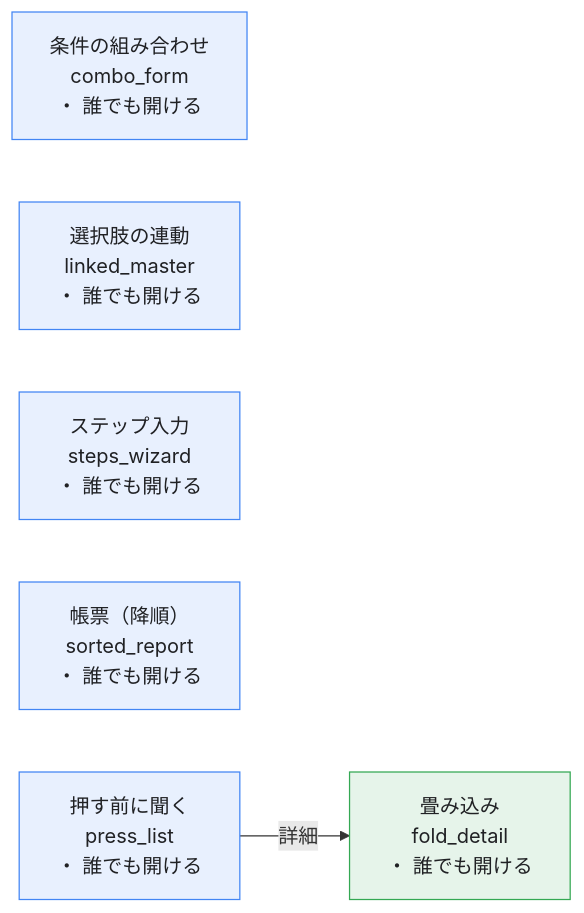
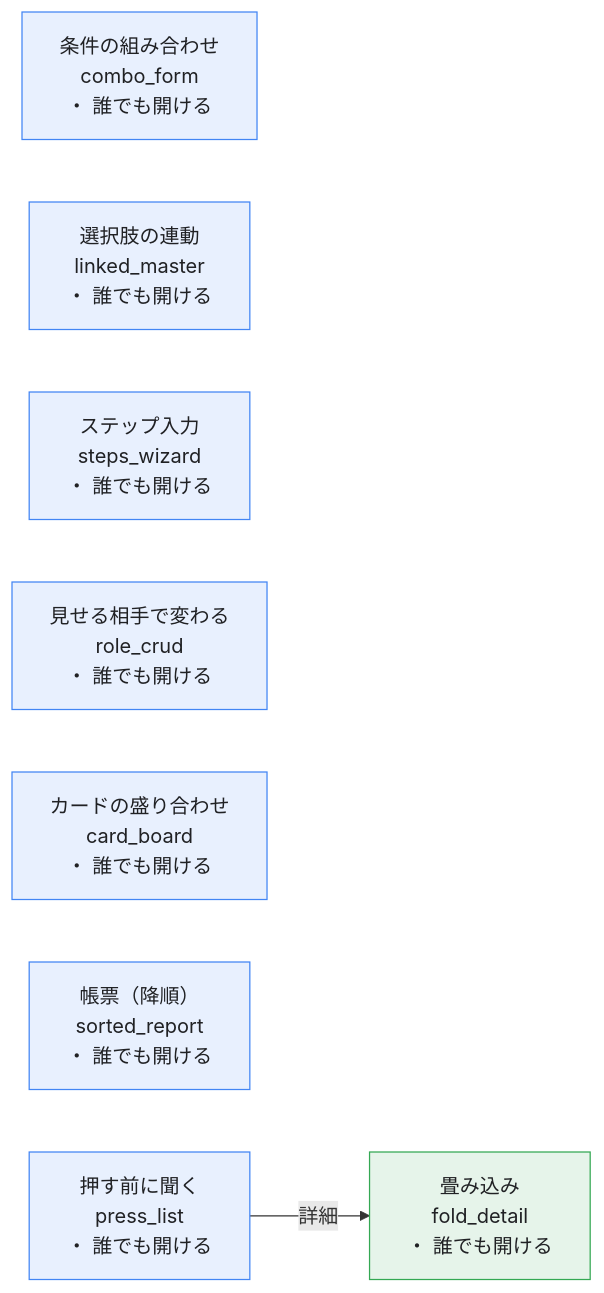
Before and after one commit to ASIL-E-Hatake/hatake-example: the diagram in apps/kitchen-sink-prj/docs/2-設計/画面遷移図.md, drawn with Mermaid. The commit also changed 39 other files, not shown here.

````diff
--- a/apps/kitchen-sink-prj/docs/2-設計/画面遷移図.md
+++ b/apps/kitchen-sink-prj/docs/2-設計/画面遷移図.md
@@ -9,16 +9,18 @@
 ```mermaid
 %% 機能網羅（kitchen_sink）の画面と遷移
 %% 段は「メニューから開ける画面 → そこから遷移で開く画面」。線は遷移の向き（札はボタン名）。箱の中は誰が開けるか。
 flowchart LR
   combo_form["条件の組み合わせ<br/>combo_form<br/>・ 誰でも開ける"]
   linked_master["選択肢の連動<br/>linked_master<br/>・ 誰でも開ける"]
   steps_wizard["ステップ入力<br/>steps_wizard<br/>・ 誰でも開ける"]
+  role_crud["見せる相手で変わる<br/>role_crud<br/>・ 誰でも開ける"]
+  card_board["カードの盛り合わせ<br/>card_board<br/>・ 誰でも開ける"]
   sorted_report["帳票（降順）<br/>sorted_report<br/>・ 誰でも開ける"]
   press_list["押す前に聞く<br/>press_list<br/>・ 誰でも開ける"]
   fold_detail["畳み込み<br/>fold_detail<br/>・ 誰でも開ける"]
   press_list -->|詳細| fold_detail
   classDef input fill:#e8f0fe,stroke:#4285f4,color:#202124
-  class combo_form,linked_master,steps_wizard,sorted_report,press_list input
+  class combo_form,linked_master,steps_wizard,role_crud,card_board,sorted_report,press_list input
   classDef core fill:#e6f4ea,stroke:#34a853,color:#202124
   class fold_detail core
 ```
````
